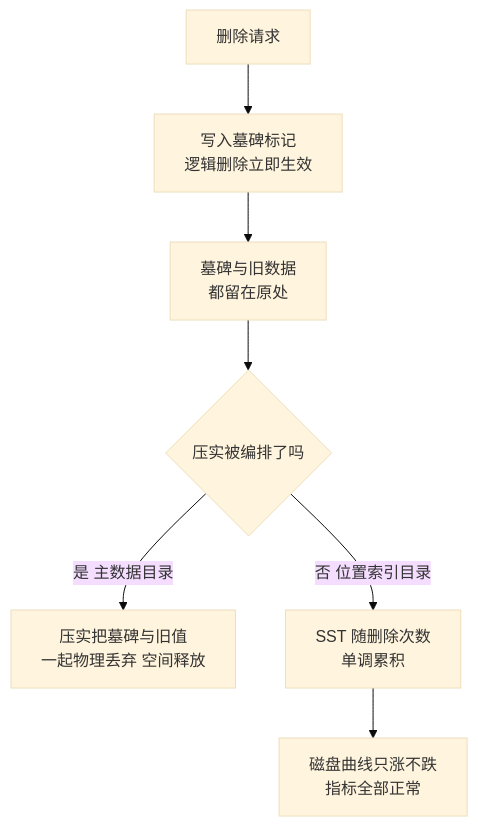
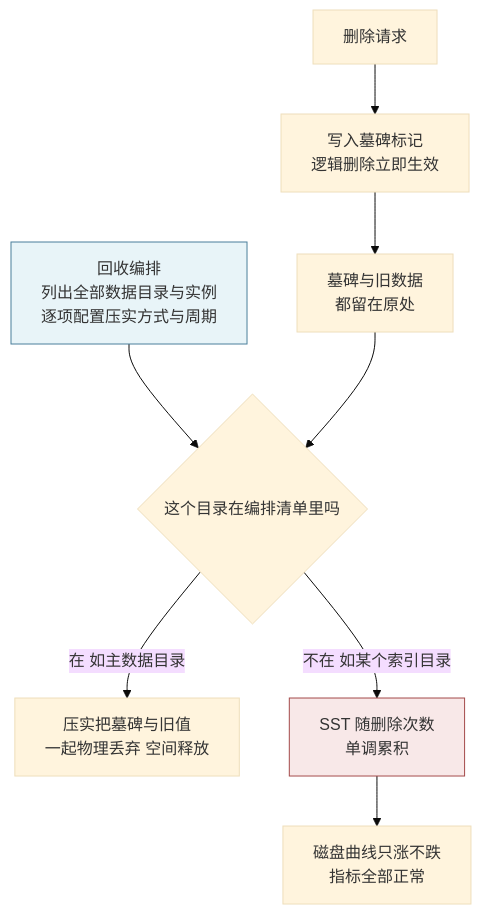
The first of 3 diagrams in vault/工程知识/缺陷分析：从个案到体系/资源与容量/只增不减的索引：墓碑靠压实才能变成空间.md (hub138/technical-knowledge), drawn with Mermaid (base theme) before and after one commit. The commit also changed other lines of this file and 622 other files, not shown here.

````diff
--- a/vault/工程知识/缺陷分析：从个案到体系/资源与容量/只增不减的索引：墓碑靠压实才能变成空间.md
+++ b/vault/工程知识/缺陷分析：从个案到体系/资源与容量/只增不减的索引：墓碑靠压实才能变成空间.md
@@ -44,9 +58,13 @@
 ```mermaid
 flowchart TB
     a["删除请求"] --> b["写入墓碑标记<br/>逻辑删除立即生效"]
     b --> c["墓碑与旧数据<br/>都留在原处"]
-    c --> d{"压实被编排了吗"}
-    d -->|"是 主数据目录"| e["压实把墓碑与旧值<br/>一起物理丢弃 空间释放"]
-    d -->|"否 位置索引目录"| f["SST 随删除次数<br/>单调累积"]
+    o["回收编排<br/>列出全部数据目录与实例<br/>逐项配置压实方式与周期"] --> d{"这个目录在编排清单里吗"}
+    c --> d
+    d -->|"在 如主数据目录"| e["压实把墓碑与旧值<br/>一起物理丢弃 空间释放"]
+    d -->|"不在 如某个索引目录"| f["SST 随删除次数<br/>单调累积"]
     f --> g["磁盘曲线只涨不跌<br/>指标全部正常"]
+
+  style o fill:#e8f4f8,stroke:#4a7f9b
+  style f fill:#f8e8e8,stroke:#a44a4a
 ```
````
